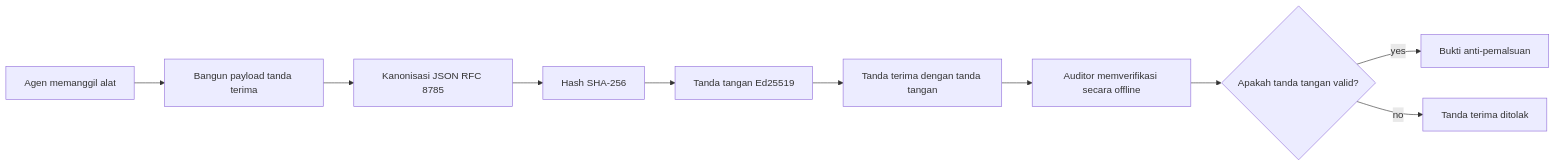
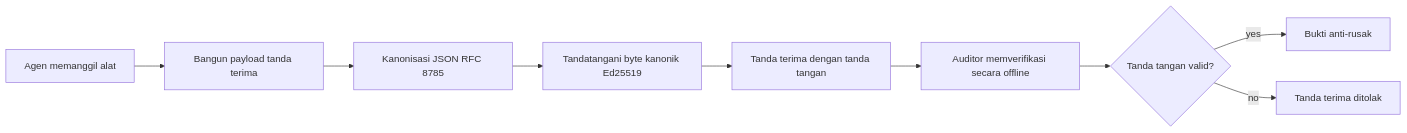
One commit to gabrielmoreira/agent-skills-mirror changed the first of 2 diagrams in mirrors/repos/microsoft@ai-agents-for-beginners/translations/id/18-securing-ai-agents/README.md. Above: the diagram before and after it, drawn with Mermaid. The commit also changed other lines of this file and 4262 other files, not shown here.

````diff
--- a/mirrors/repos/microsoft@ai-agents-for-beginners/translations/id/18-securing-ai-agents/README.md
+++ b/mirrors/repos/microsoft@ai-agents-for-beginners/translations/id/18-securing-ai-agents/README.md
@@ -51,12 +51,11 @@
 ```mermaid
 flowchart LR
     A[Agen memanggil alat] --> B[Bangun payload tanda terima]
     B --> C[Kanonisasi JSON RFC 8785]
-    C --> D[Hash SHA-256]
-    D --> E[Tanda tangan Ed25519]
+    C --> E[Tandatangani byte kanonik Ed25519]
     E --> F[Tanda terima dengan tanda tangan]
     F --> G[Auditor memverifikasi secara offline]
-    G --> H{Apakah tanda tangan valid?}
-    H -- yes --> I[Bukti anti-pemalsuan]
+    G --> H{Tanda tangan valid?}
+    H -- yes --> I[Bukti anti-rusak]
     H -- no --> J[Tanda terima ditolak]
 ```
````
